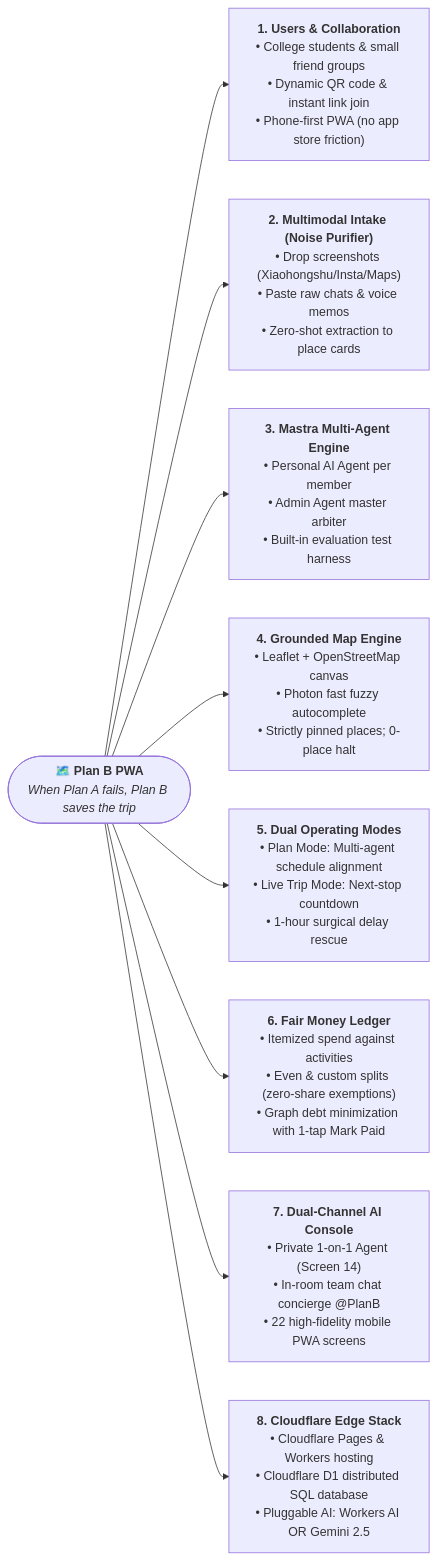
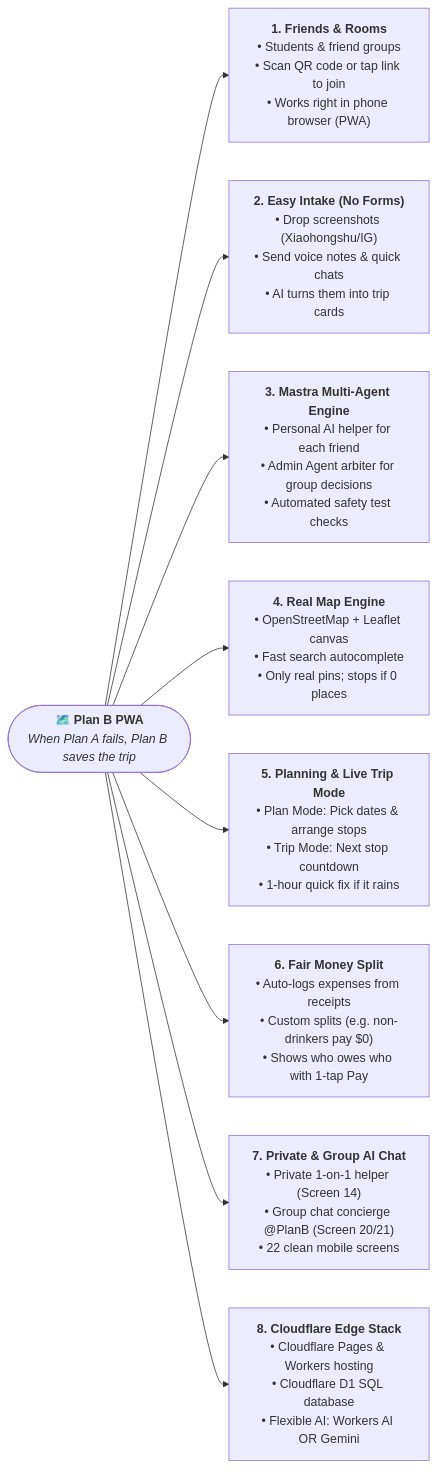
Before and after one commit to nlzce/We-are-the-champions_Plan-B: the second of 21 diagrams in README.md, drawn with Mermaid. The commit also changed other lines of this file, not shown here.

````diff
--- a/README.md
+++ b/README.md
@@ -78,13 +78,13 @@
 ```mermaid
 flowchart LR
   Root(["<b>🗺️ Plan B PWA</b><br/><i>When Plan A fails, Plan B saves the trip</i>"])
 
-  Root --> U["<b>1. Users & Collaboration</b><br/>• College students & small friend groups<br/>• Dynamic QR code & instant link join<br/>• Phone-first PWA (no app store friction)"]
-  Root --> P["<b>2. Multimodal Intake (Noise Purifier)</b><br/>• Drop screenshots (Xiaohongshu/Insta/Maps)<br/>• Paste raw chats & voice memos<br/>• Zero-shot extraction to place cards"]
-  Root --> A["<b>3. Mastra Multi-Agent Engine</b><br/>• Personal AI Agent per member<br/>• Admin Agent master arbiter<br/>• Built-in evaluation test harness"]
-  Root --> M["<b>4. Grounded Map Engine</b><br/>• Leaflet + OpenStreetMap canvas<br/>• Photon fast fuzzy autocomplete<br/>• Strictly pinned places; 0-place halt"]
-  Root --> D["<b>5. Dual Operating Modes</b><br/>• Plan Mode: Multi-agent schedule alignment<br/>• Live Trip Mode: Next-stop countdown<br/>• 1-hour surgical delay rescue"]
-  Root --> B["<b>6. Fair Money Ledger</b><br/>• Itemized spend against activities<br/>• Even & custom splits (zero-share exemptions)<br/>• Graph debt minimization with 1-tap Mark Paid"]
-  Root --> S["<b>7. Dual-Channel AI Console</b><br/>• Private 1-on-1 Agent (Screen 14)<br/>• In-room team chat concierge @PlanB<br/>• 22 high-fidelity mobile PWA screens"]
-  Root --> C["<b>8. Cloudflare Edge Stack</b><br/>• Cloudflare Pages & Workers hosting<br/>• Cloudflare D1 distributed SQL database<br/>• Pluggable AI: Workers AI OR Gemini 2.5"]
+  Root --> U["<b>1. Friends & Rooms</b><br/>• Students & friend groups<br/>• Scan QR code or tap link to join<br/>• Works right in phone browser (PWA)"]
+  Root --> P["<b>2. Easy Intake (No Forms)</b><br/>• Drop screenshots (Xiaohongshu/IG)<br/>• Send voice notes & quick chats<br/>• AI turns them into trip cards"]
+  Root --> A["<b>3. Mastra Multi-Agent Engine</b><br/>• Personal AI helper for each friend<br/>• Admin Agent arbiter for group decisions<br/>• Automated safety test checks"]
+  Root --> M["<b>4. Real Map Engine</b><br/>• OpenStreetMap + Leaflet canvas<br/>• Fast search autocomplete<br/>• Only real pins; stops if 0 places"]
+  Root --> D["<b>5. Planning & Live Trip Mode</b><br/>• Plan Mode: Pick dates & arrange stops<br/>• Trip Mode: Next stop countdown<br/>• 1-hour quick fix if it rains"]
+  Root --> B["<b>6. Fair Money Split</b><br/>• Auto-logs expenses from receipts<br/>• Custom splits (e.g. non-drinkers pay $0)<br/>• Shows who owes who with 1-tap Pay"]
+  Root --> S["<b>7. Private & Group AI Chat</b><br/>• Private 1-on-1 helper (Screen 14)<br/>• Group chat concierge @PlanB (Screen 20/21)<br/>• 22 clean mobile screens"]
+  Root --> C["<b>8. Cloudflare Edge Stack</b><br/>• Cloudflare Pages & Workers hosting<br/>• Cloudflare D1 SQL database<br/>• Flexible AI: Workers AI OR Gemini"]
 ```
````
